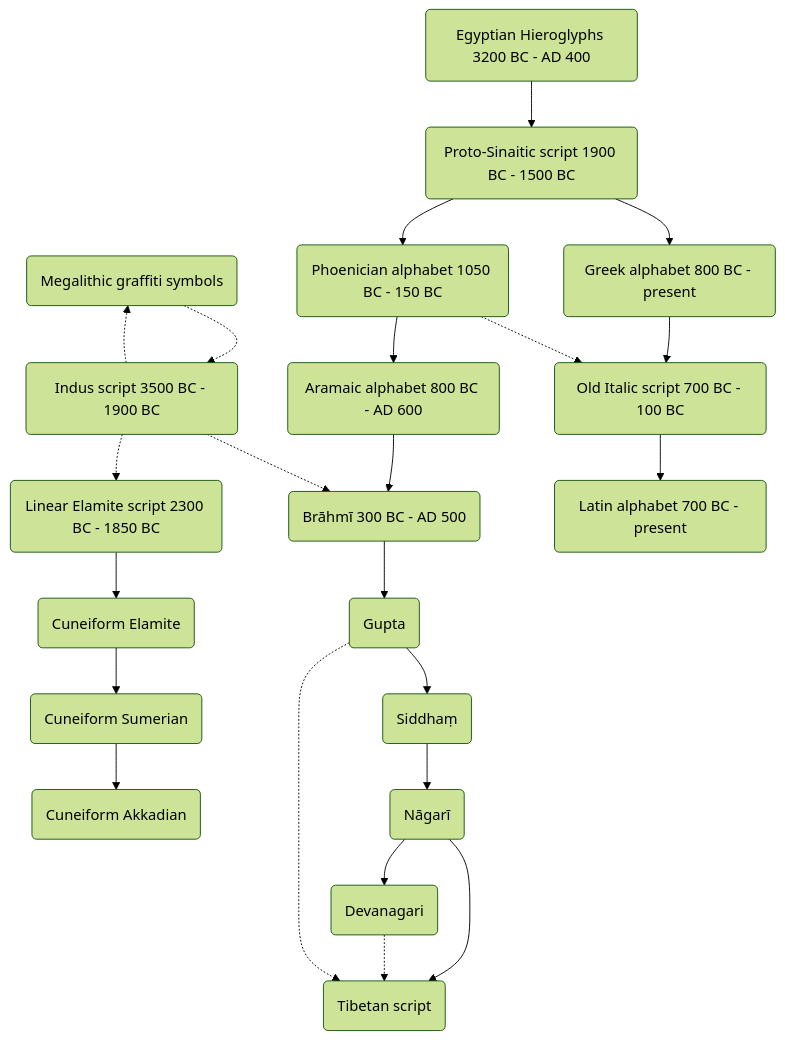
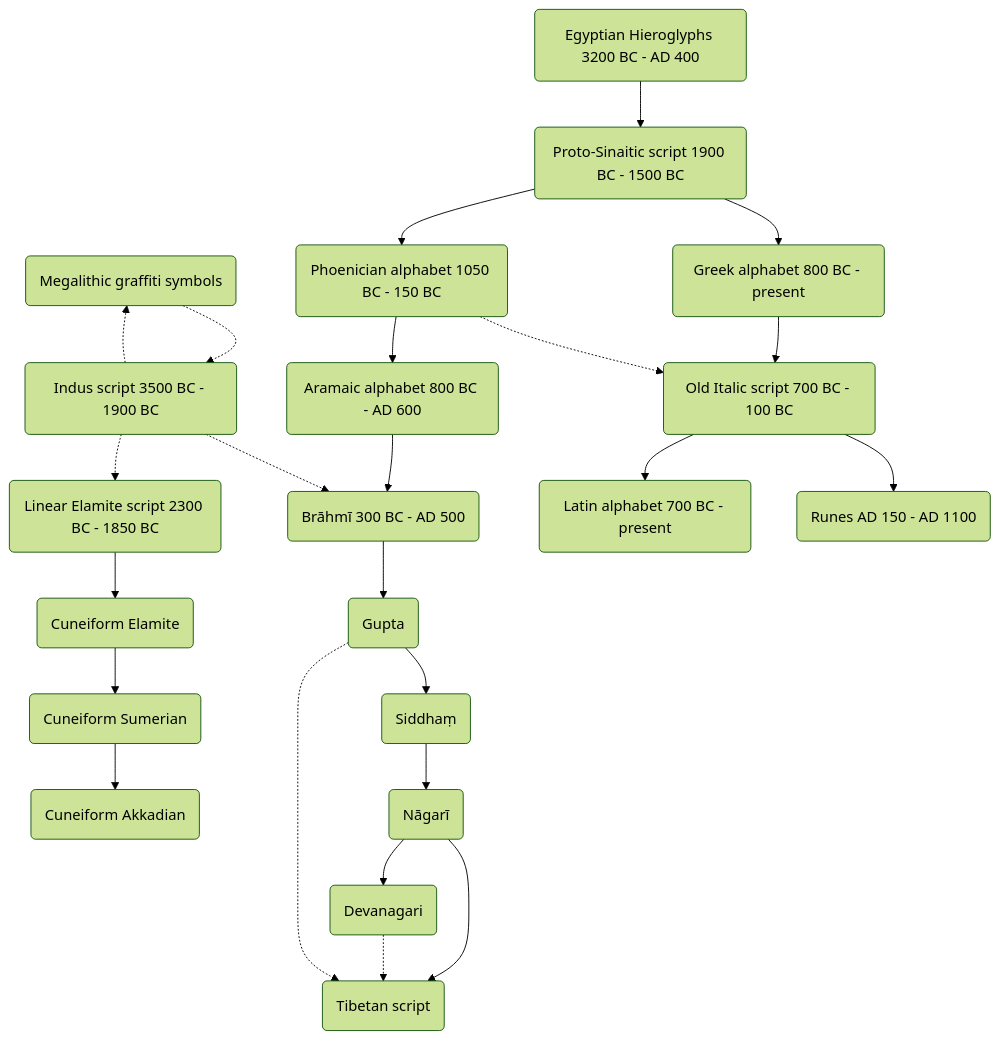
The first of 4 diagrams in docs/tibetan_script_history.md (DigitalTibetan/DigitalTibetan), drawn with Mermaid (forest theme) before and after one commit. The commit also changed other lines of this file, not shown here.

Commit message:
Runes - also part of the system

````diff
--- a/docs/tibetan_script_history.md
+++ b/docs/tibetan_script_history.md
@@ -49,26 +59,27 @@
 ```{mermaid}
 graph TD;  
 BA(Megalithic graffiti symbols)-.->BB(Indus script 3500 BC - 1900 BC);
 
 CA(Linear Elamite script 2300 BC - 1850 BC)-->CB(Cuneiform Elamite);
 CB-->CD(Cuneiform Sumerian);
 CD-->CE(Cuneiform Akkadian);
 L0A(Egyptian Hieroglyphs 3200 BC - AD 400<br>)-->LA(Proto-Sinaitic script 1900 BC - 1500 BC);
 LA-->LB(Phoenician alphabet 1050 BC - 150 BC);
 LB-->LC(Aramaic alphabet 800 BC - AD 600);
 LC-->LD(Brāhmī 300 BC - AD 500);
 LD-->LE(Gupta);
 LE-->LF(Siddhaṃ);
 LF-->LG(Nāgarī);
 LG-->LH(Devanagari);
 LG-->LI;
 LH-.->LI(Tibetan script);
 LA-->LK(Greek alphabet 800 BC - present);
 LK-->LL(Old Italic script 700 BC - 100 BC);
 LL-->LM(Latin alphabet 700 BC - present);
+LL-->LN(Runes AD 150 - AD 1100);
 BB-.->LD;
 BB-.->BA;
 BB-.->CA;
 LB-.->LL;
 LE-.->LI;
 ```
````
